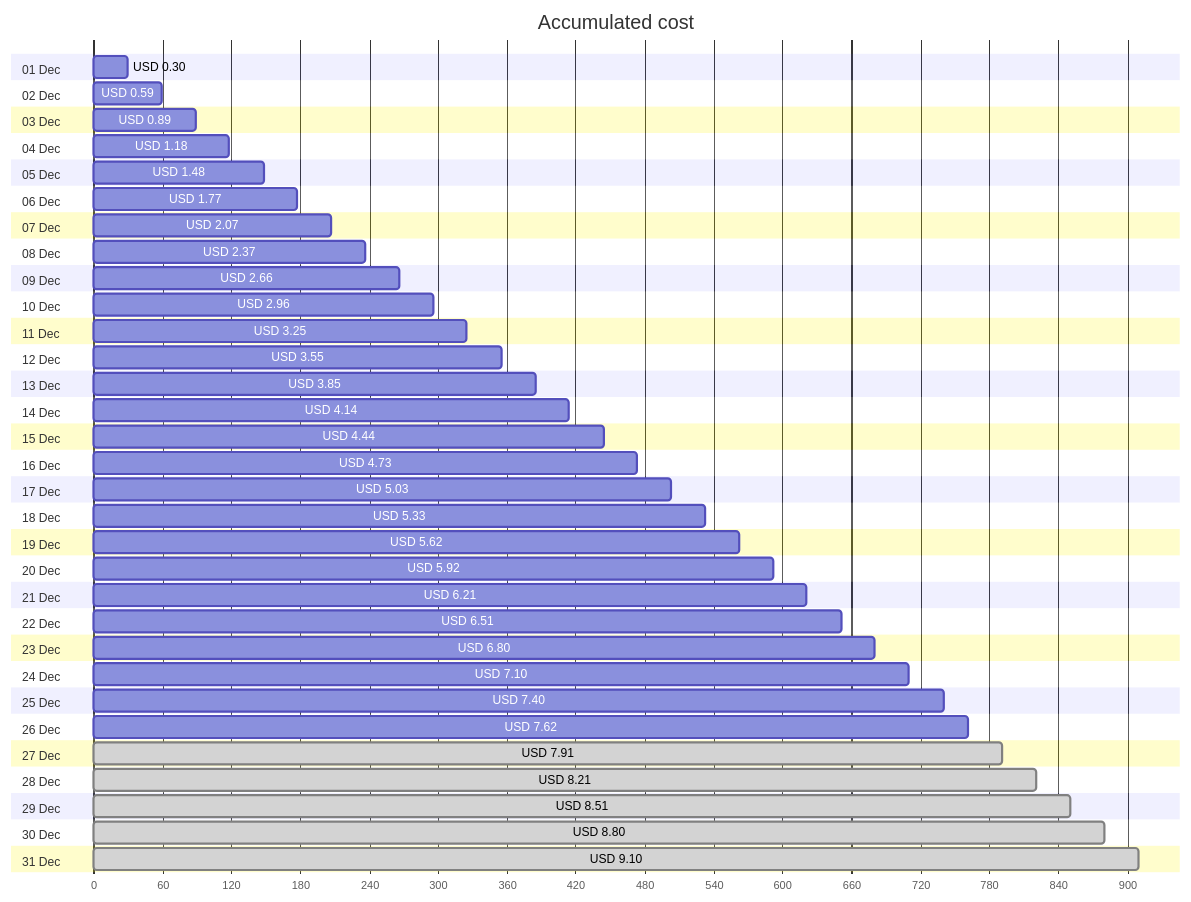
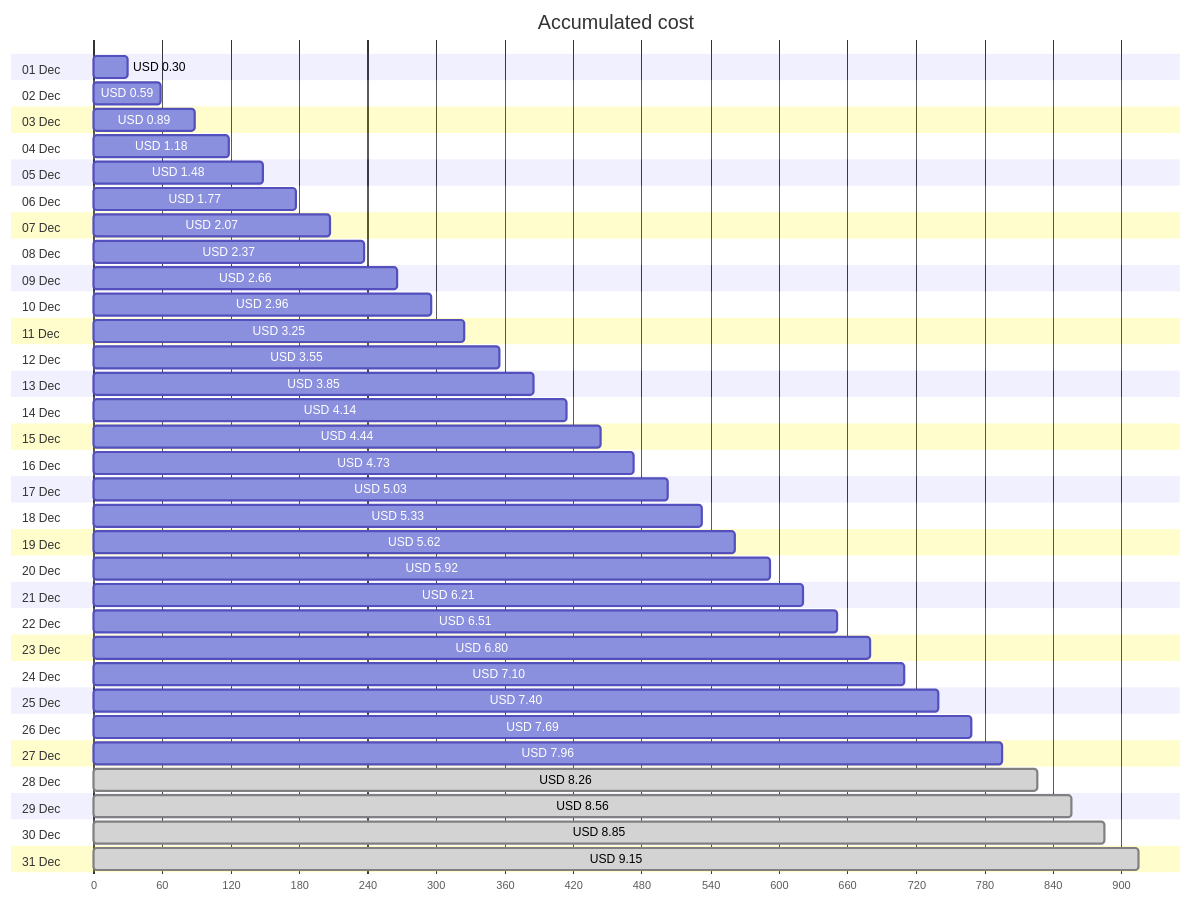
The first of 4 diagrams in cost-reports/personal-site/personal-site-preview.md (jpfulton/azure-personal-reports), drawn with Mermaid before and after one commit. The commit also changed other lines of this file and 6 other files, not shown here.

````diff
--- a/cost-reports/personal-site/personal-site-preview.md
+++ b/cost-reports/personal-site/personal-site-preview.md
@@ -20,68 +20,68 @@
 ```mermaid
 gantt
    title Accumulated cost
    dateFormat  X
    axisFormat %s
    section 01 Dec
    USD 0.30 :0, 30
    section 02 Dec
    USD 0.59 :0, 59
    section 03 Dec
    USD 0.89 :0, 89
    section 04 Dec
    USD 1.18 :0, 118
    section 05 Dec
    USD 1.48 :0, 148
    section 06 Dec
    USD 1.77 :0, 177
    section 07 Dec
    USD 2.07 :0, 207
    section 08 Dec
    USD 2.37 :0, 237
    section 09 Dec
    USD 2.66 :0, 266
    section 10 Dec
    USD 2.96 :0, 296
    section 11 Dec
    USD 3.25 :0, 325
    section 12 Dec
    USD 3.55 :0, 355
    section 13 Dec
    USD 3.85 :0, 385
    section 14 Dec
    USD 4.14 :0, 414
    section 15 Dec
    USD 4.44 :0, 444
    section 16 Dec
    USD 4.73 :0, 473
    section 17 Dec
    USD 5.03 :0, 503
    section 18 Dec
    USD 5.33 :0, 533
    section 19 Dec
    USD 5.62 :0, 562
    section 20 Dec
    USD 5.92 :0, 592
    section 21 Dec
    USD 6.21 :0, 621
    section 22 Dec
    USD 6.51 :0, 651
    section 23 Dec
    USD 6.80 :0, 680
    section 24 Dec
    USD 7.10 :0, 710
    section 25 Dec
    USD 7.40 :0, 740
    section 26 Dec
-   USD 7.62 :0, 762
+   USD 7.69 :0, 769
    section 27 Dec
-   USD 7.91 : done, 0, 791
+   USD 7.96 :0, 796
    section 28 Dec
-   USD 8.21 : done, 0, 821
+   USD 8.26 : done, 0, 826
    section 29 Dec
-   USD 8.51 : done, 0, 851
+   USD 8.56 : done, 0, 856
    section 30 Dec
-   USD 8.80 : done, 0, 880
+   USD 8.85 : done, 0, 885
    section 31 Dec
-   USD 9.10 : done, 0, 910
+   USD 9.15 : done, 0, 915
 ```
````
